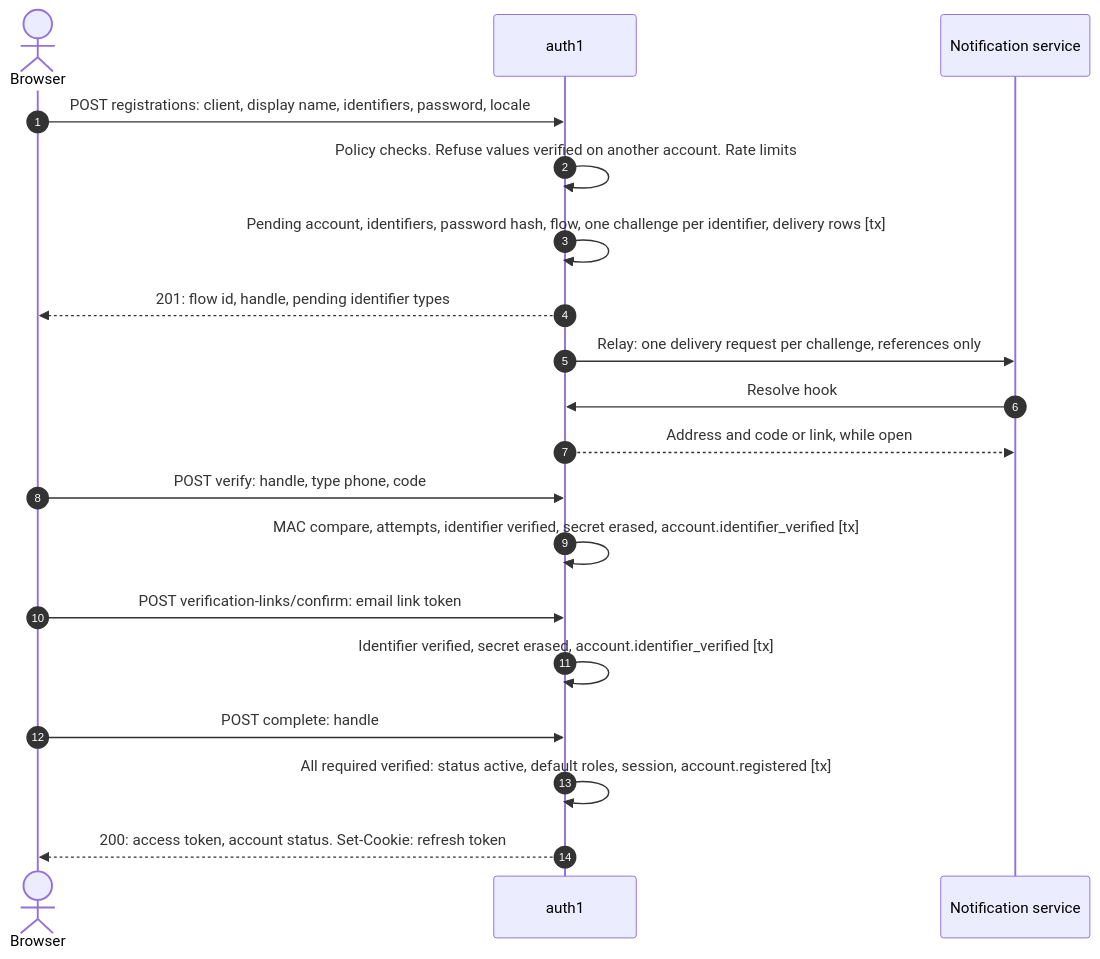
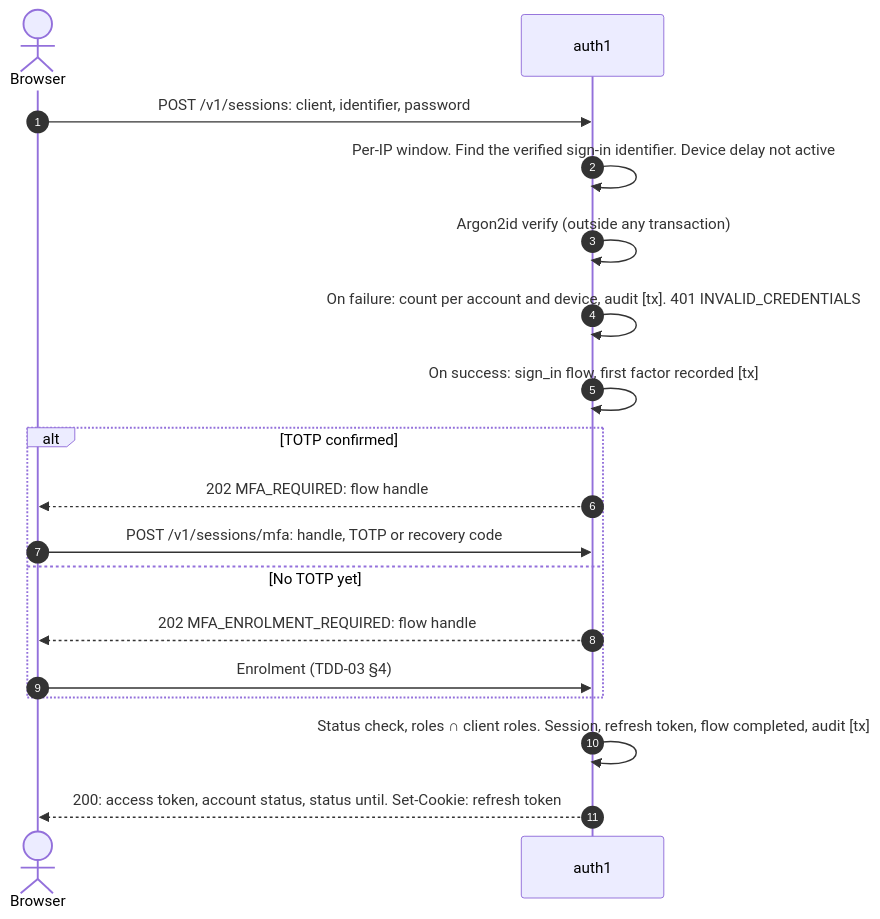
One commit to arafat-hasan/auth1 changed the fifth of 8 diagrams in docs/design.md. Above: the diagram before and after it, drawn with Mermaid. The commit also changed other lines of this file and 13 other files, not shown here.

````diff
--- a/docs/design.md
+++ b/docs/design.md
@@ -776,21 +859,20 @@
 ```mermaid
 sequenceDiagram
   autonumber
   actor B as Browser
   participant A as auth1
-  participant N as Notification service
-  B->>A: POST registrations: client, display name, identifiers, password, locale
-  A->>A: Policy checks. Refuse values verified on another account. Rate limits
-  A->>A: Pending account, identifiers, password hash, flow, one challenge per identifier, delivery rows [tx]
-  A-->>B: 201: flow id, handle, pending identifier types
-  A->>N: Relay: one delivery request per challenge, references only
-  N->>A: Resolve hook
-  A-->>N: Address and code or link, while open
-  B->>A: POST verify: handle, type phone, code
-  A->>A: MAC compare, attempts, identifier verified, secret erased, account.identifier_verified [tx]
-  B->>A: POST verification-links/confirm: email link token
-  A->>A: Identifier verified, secret erased, account.identifier_verified [tx]
-  B->>A: POST complete: handle
-  A->>A: All required verified: status active, default roles, session, account.registered [tx]
-  A-->>B: 200: access token, account status. Set-Cookie: refresh token
+  B->>A: POST /v1/sessions: client, identifier, password
+  A->>A: Per-IP window. Find the verified sign-in identifier. Device delay not active
+  A->>A: Argon2id verify (outside any transaction)
+  A->>A: On failure: count per account and device, audit [tx]. 401 INVALID_CREDENTIALS
+  A->>A: On success: sign_in flow, first factor recorded [tx]
+  alt TOTP confirmed
+    A-->>B: 202 MFA_REQUIRED: flow handle
+    B->>A: POST /v1/sessions/mfa: handle, TOTP or recovery code
+  else No TOTP yet
+    A-->>B: 202 MFA_ENROLMENT_REQUIRED: flow handle
+    B->>A: Enrolment (TDD-03 §4)
+  end
+  A->>A: Status check, roles ∩ client roles. Session, refresh token, flow completed, audit [tx]
+  A-->>B: 200: access token, account status, status until. Set-Cookie: refresh token
 ```
````
